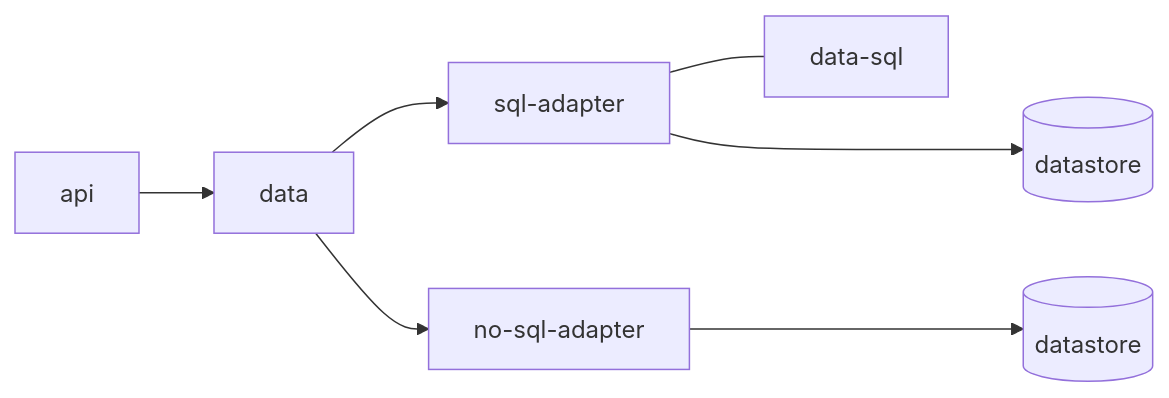
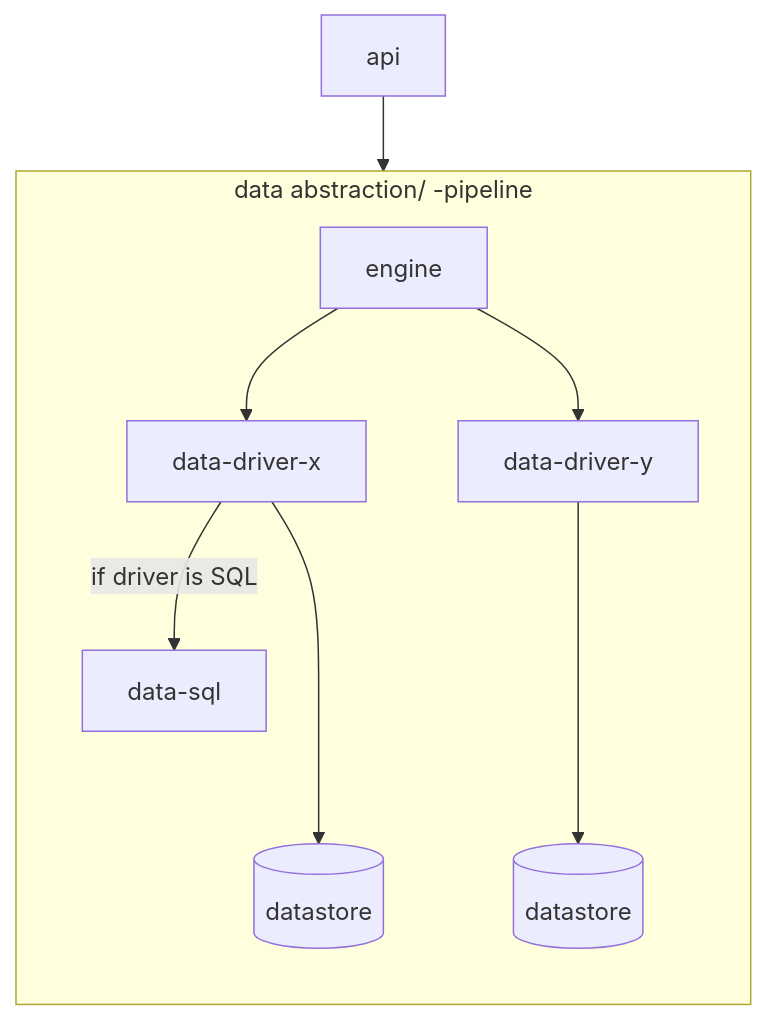
The diagram in packages/data/readme.md (directus/directus), drawn with Mermaid before and after one commit. The commit also changed other lines of this file, not shown here.

Commit message:
updated data readme

````diff
--- a/packages/data/readme.md
+++ b/packages/data/readme.md
@@ -69,9 +67,12 @@
 ```mermaid
-graph LR;
+graph TB;
     api --> data
-    data --> sql-adapter
-    data --> no-sql-adapter
-	sql-adapter ---> db1[(datastore)]
-	sql-adapter  --- data-sql
-	no-sql-adapter ---> db2[(datastore)]
+	subgraph data[data abstraction/ -pipeline]
+	direction TB
+    engine --> data-driver-x
+    engine --> data-driver-y
+	data-driver-x ---> db1[(datastore)]
+	data-driver-x  -- if driver is SQL --> data-sql
+	data-driver-y ---> db2[(datastore)]
+	end
 ```
````
